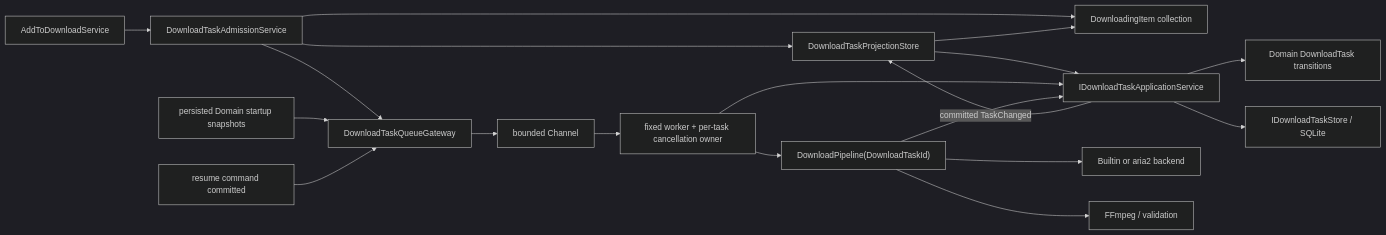
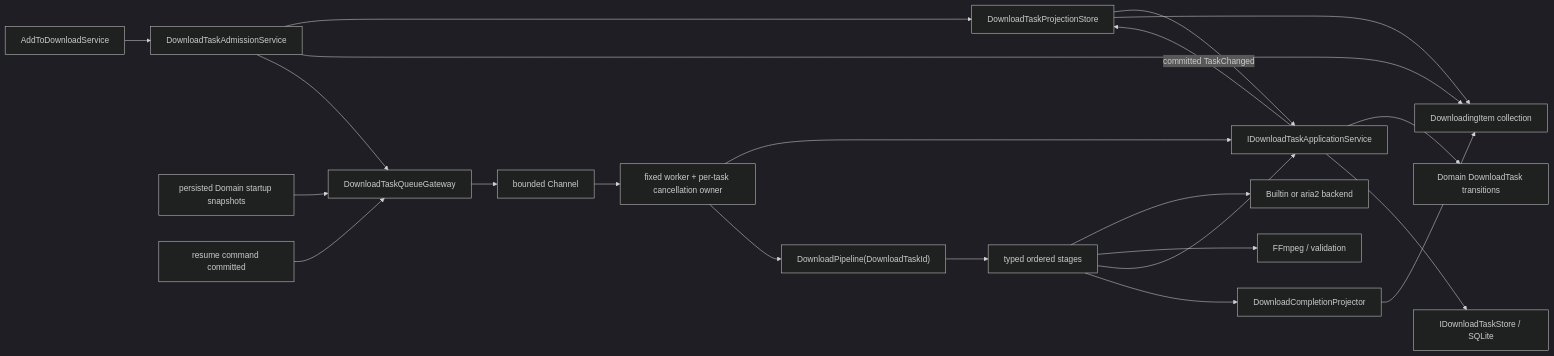
The third of 4 diagrams in ARCHITECTURE.md (403a/downkyicore), drawn with Mermaid (dark theme) before and after one commit. The commit also changed other lines of this file and 9 other files, not shown here.

````diff
--- a/ARCHITECTURE.md
+++ b/ARCHITECTURE.md
@@ -88,21 +88,24 @@
 ```mermaid
 flowchart LR
     Add["AddToDownloadService"] --> Admission["DownloadTaskAdmissionService"]
     Admission --> Projection["DownloadTaskProjectionStore"]
     Admission --> UiList["DownloadingItem collection"]
     Admission --> QueueGateway["DownloadTaskQueueGateway"]
     Projection --> Commands["IDownloadTaskApplicationService"]
     Commands --> Domain["Domain DownloadTask transitions"]
     Commands --> Store["IDownloadTaskStore / SQLite"]
     Commands -->|"committed TaskChanged"| Projection
     Projection --> UiList
     Bootstrap["persisted Domain startup snapshots"] --> QueueGateway
     Resume["resume command committed"] --> QueueGateway
     QueueGateway --> Channel["bounded Channel<DownloadTaskId>"]
     Channel --> Worker["fixed worker + per-task cancellation owner"]
     Worker --> Commands
     Worker --> Pipeline["DownloadPipeline(DownloadTaskId)"]
-    Pipeline --> Backend["Builtin or aria2 backend"]
-    Pipeline --> Ffmpeg["FFmpeg / validation"]
-    Pipeline --> Commands
+    Pipeline --> Stages["typed ordered stages"]
+    Stages --> Backend["Builtin or aria2 backend"]
+    Stages --> Ffmpeg["FFmpeg / validation"]
+    Stages --> Commands
+    Stages --> CompletionProjector["DownloadCompletionProjector"]
+    CompletionProjector --> UiList
 ```
````
